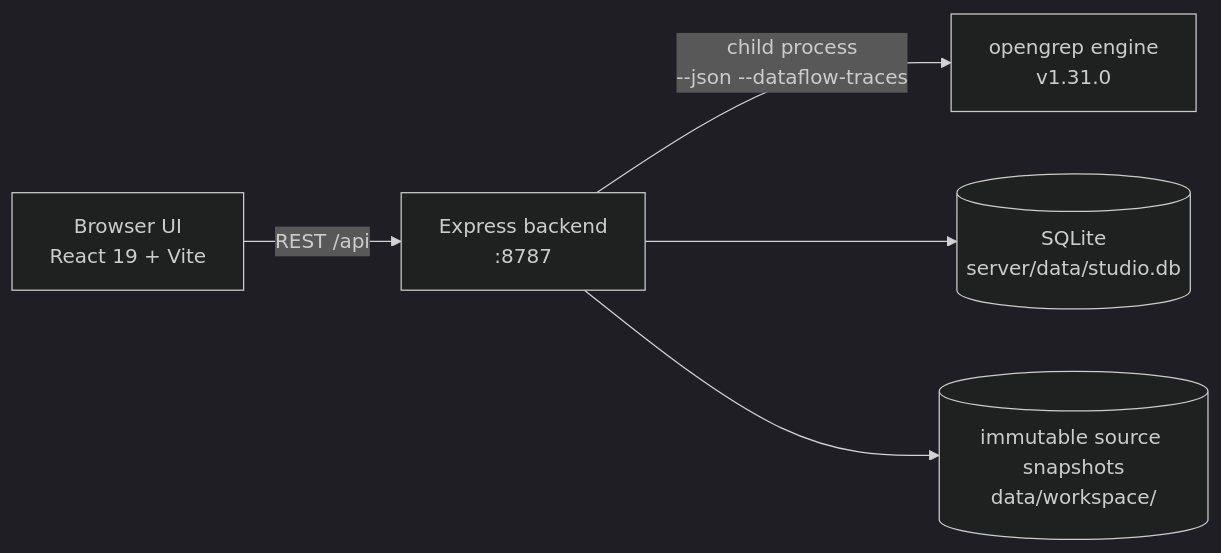
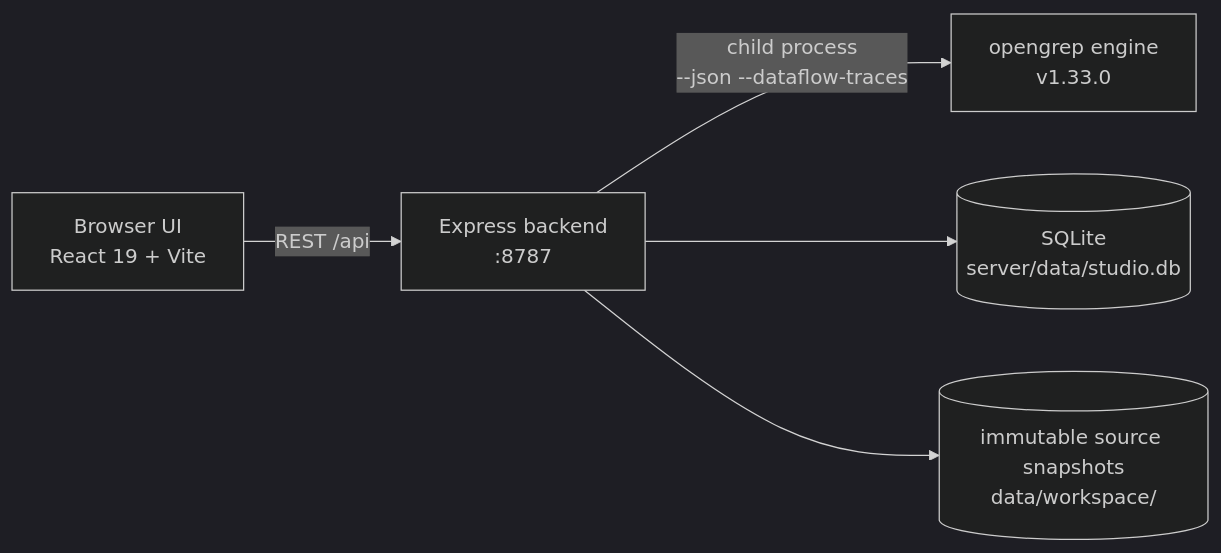
The diagram in README.md (Lyfxxk/Opengrep-Studio), drawn with Mermaid (dark theme) before and after one commit. The commit also changed other lines of this file and 18 other files, not shown here.

````diff
--- a/README.md
+++ b/README.md
@@ -189,7 +189,7 @@
 ```mermaid
 flowchart LR
     U["Browser UI<br/>React 19 + Vite"] -->|"REST /api"| S["Express backend<br/>:8787"]
-    S -->|"child process<br/>--json --dataflow-traces"| E["opengrep engine<br/>v1.31.0"]
+    S -->|"child process<br/>--json --dataflow-traces"| E["opengrep engine<br/>v1.33.0"]
     S --> DB[("SQLite<br/>server/data/studio.db")]
     S --> FS[("immutable source snapshots<br/>data/workspace/")]
 ```
````
